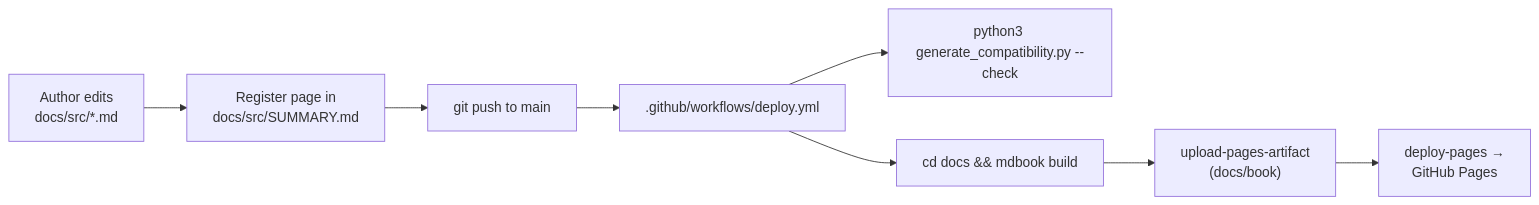
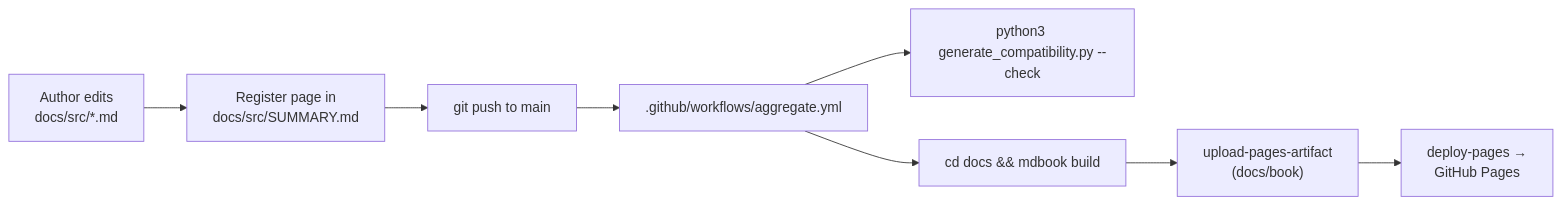
The first of 2 diagrams in docs/sync-architecture.md (ai-agent-assembly/docs), drawn with Mermaid before and after one commit. The commit also changed other lines of this file and 1 other file, not shown here.

First line of the commit message:
📝 (docs): Complete deploy.yml → aggregate.yml rename in documentation

````diff
--- a/docs/sync-architecture.md
+++ b/docs/sync-architecture.md
@@ -20,10 +20,10 @@
 ```mermaid
 flowchart LR
     A["Author edits<br/>docs/src/*.md"] --> B["Register page in<br/>docs/src/SUMMARY.md"]
     B --> C["git push to main"]
-    C --> D[".github/workflows/deploy.yml"]
+    C --> D[".github/workflows/aggregate.yml"]
     D --> E["python3 generate_compatibility.py --check"]
     D --> F["cd docs && mdbook build"]
     F --> G["upload-pages-artifact<br/>(docs/book)"]
     G --> H["deploy-pages →<br/>GitHub Pages"]
 ```
````
